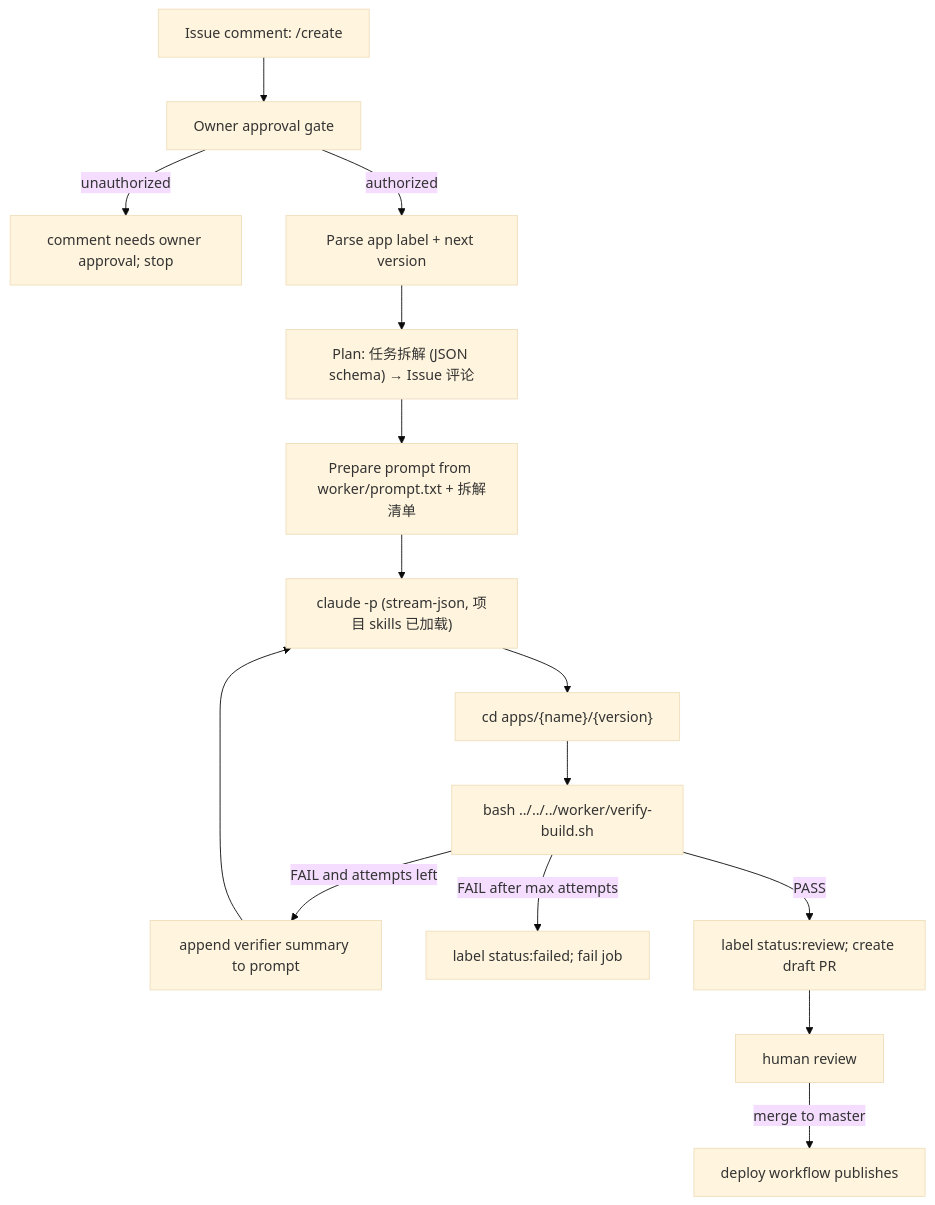
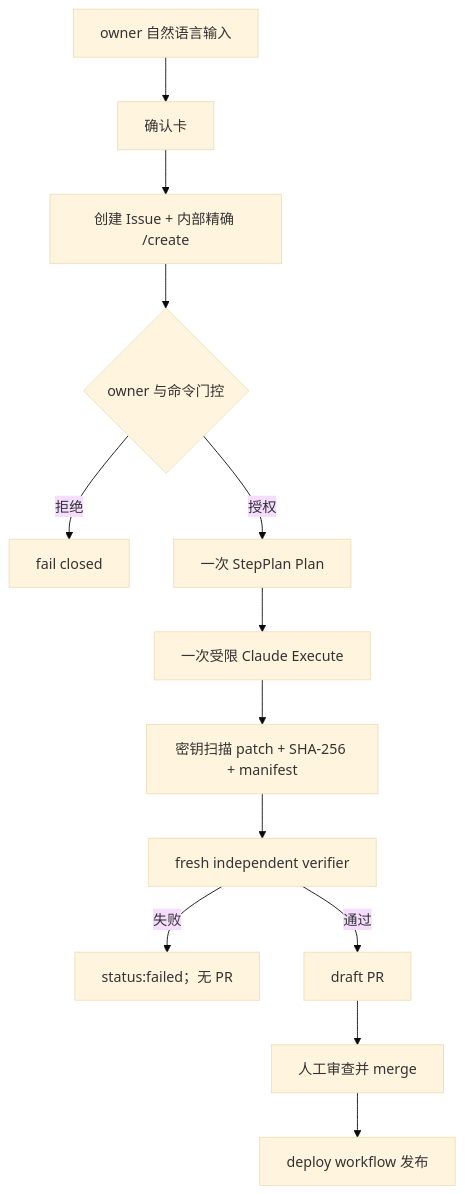
Before and after one commit to zenHeart/mitosis: the diagram in docs/agent-loop.md, drawn with Mermaid (base theme). The commit also changed other lines of this file and 20 other files, not shown here.

````diff
--- a/docs/agent-loop.md
+++ b/docs/agent-loop.md
@@ -87,17 +39,15 @@
 ```mermaid
 flowchart TD
-    A["Issue comment: /create"] --> B["Owner approval gate"]
-    B -->|unauthorized| X["comment needs owner approval; stop"]
-    B -->|authorized| C["Parse app label + next version"]
-    C --> P["Plan: 任务拆解 (JSON schema) → Issue 评论"]
-    P --> D["Prepare prompt from worker/prompt.txt + 拆解清单"]
-    D --> E["claude -p (stream-json, 项目 skills 已加载)"]
-    E --> F["cd apps/{name}/{version}"]
-    F --> G["bash ../../../worker/verify-build.sh"]
-    G -->|FAIL and attempts left| H["append verifier summary to prompt"]
-    H --> E
-    G -->|FAIL after max attempts| I["label status:failed; fail job"]
-    G -->|PASS| J["label status:review; create draft PR"]
-    J --> K["human review"]
-    K -->|merge to master| L["deploy workflow publishes"]
+    A["owner 自然语言输入"] --> B["确认卡"]
+    B --> C["创建 Issue + 内部精确 /create"]
+    C --> D{"owner 与命令门控"}
+    D -->|拒绝| X["fail closed"]
+    D -->|授权| P["一次 StepPlan Plan"]
+    P --> E["一次受限 Claude Execute"]
+    E --> S["密钥扫描 patch + SHA-256 + manifest"]
+    S --> V["fresh independent verifier"]
+    V -->|失败| F["status:failed；无 PR"]
+    V -->|通过| R["draft PR"]
+    R --> H["人工审查并 merge"]
+    H --> L["deploy workflow 发布"]
 ```
````
